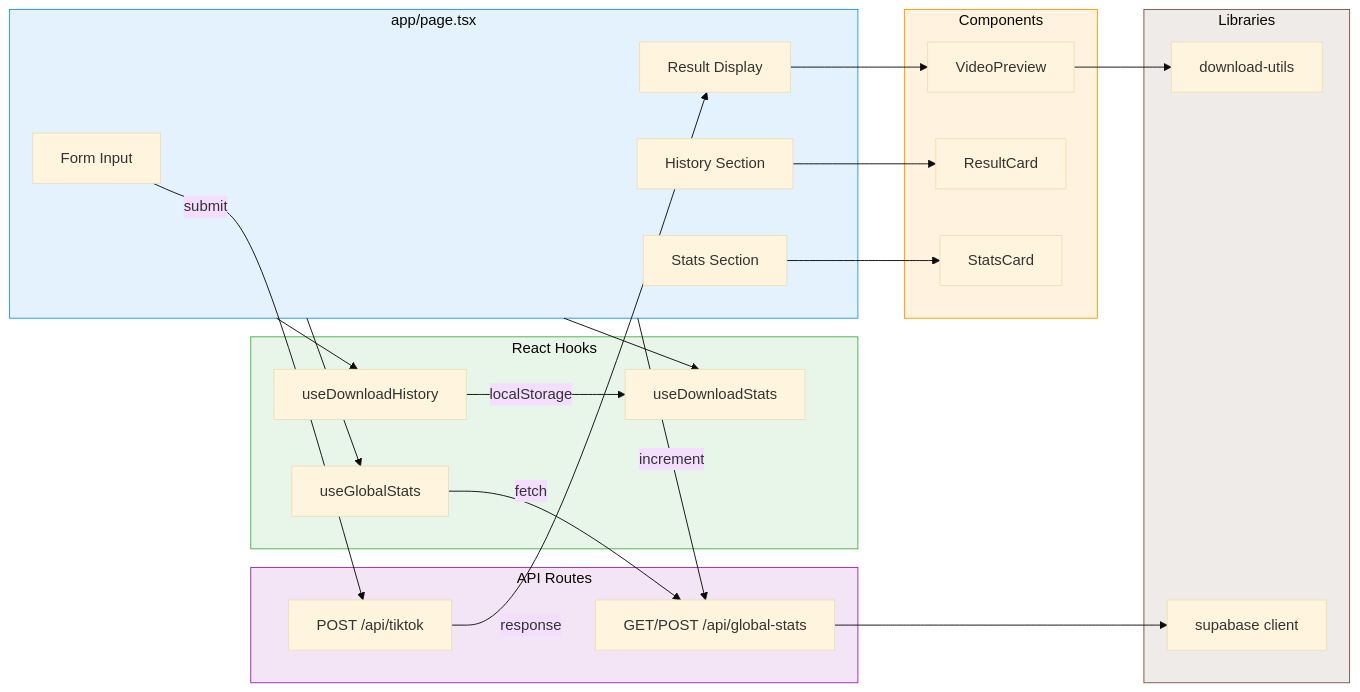
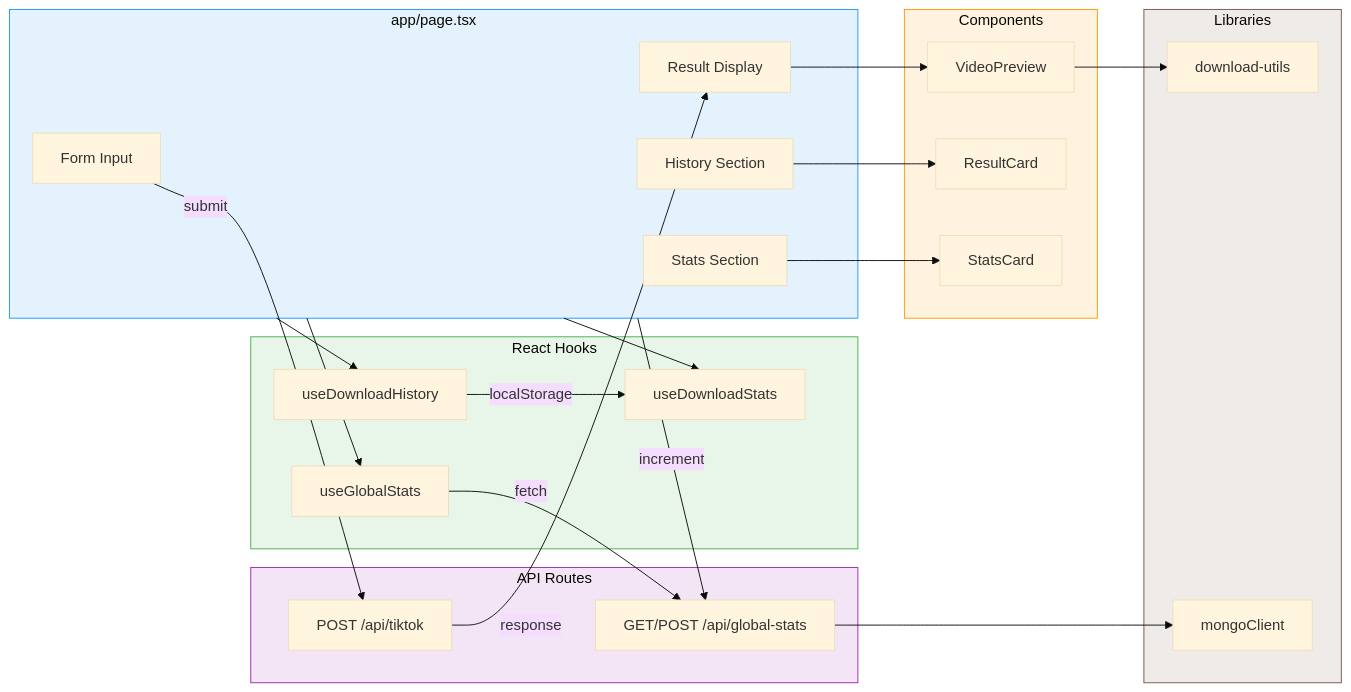
Before and after one commit to jundy779/FusionTik: the third of 6 diagrams in README.md, drawn with Mermaid (base theme). The commit also changed other lines of this file and 11 other files, not shown here.

First line of the commit message:
Migrate global download counter from Supabase to MongoDB Atlas.

````diff
--- a/README.md
+++ b/README.md
@@ -170,51 +170,51 @@
 ```mermaid
 graph LR
     subgraph PAGE["app/page.tsx"]
         FORM["Form Input"]
         RESULT["Result Display"]
         HIST["History Section"]
         STATS["Stats Section"]
     end
 
     subgraph HOOKS["React Hooks"]
         UDH["useDownloadHistory"]
         UDS["useDownloadStats"]
         UGS["useGlobalStats"]
     end
 
     subgraph COMPONENTS["Components"]
         VP["VideoPreview"]
         RC["ResultCard"]
         SC["StatsCard"]
     end
 
     subgraph API["API Routes"]
         TK["POST /api/tiktok"]
         GS["GET/POST /api/global-stats"]
     end
 
     subgraph LIB["Libraries"]
         DU["download-utils"]
-        SB["supabase client"]
+        MC["mongoClient"]
     end
 
     FORM -->|submit| TK
     TK -->|response| RESULT
     RESULT --> VP
     VP --> DU
     HIST --> RC
     STATS --> SC
     PAGE --> UDH
     PAGE --> UDS
     PAGE --> UGS
     UDH -->|localStorage| UDS
     UGS -->|fetch| GS
-    GS --> SB
+    GS --> MC
     PAGE -->|increment| GS
 
     style PAGE fill:#e3f2fd,stroke:#2196f3
     style HOOKS fill:#e8f5e9,stroke:#4caf50
     style COMPONENTS fill:#fff3e0,stroke:#ff9800
     style API fill:#f3e5f5,stroke:#9c27b0
     style LIB fill:#efebe9,stroke:#795548
 ```
````
